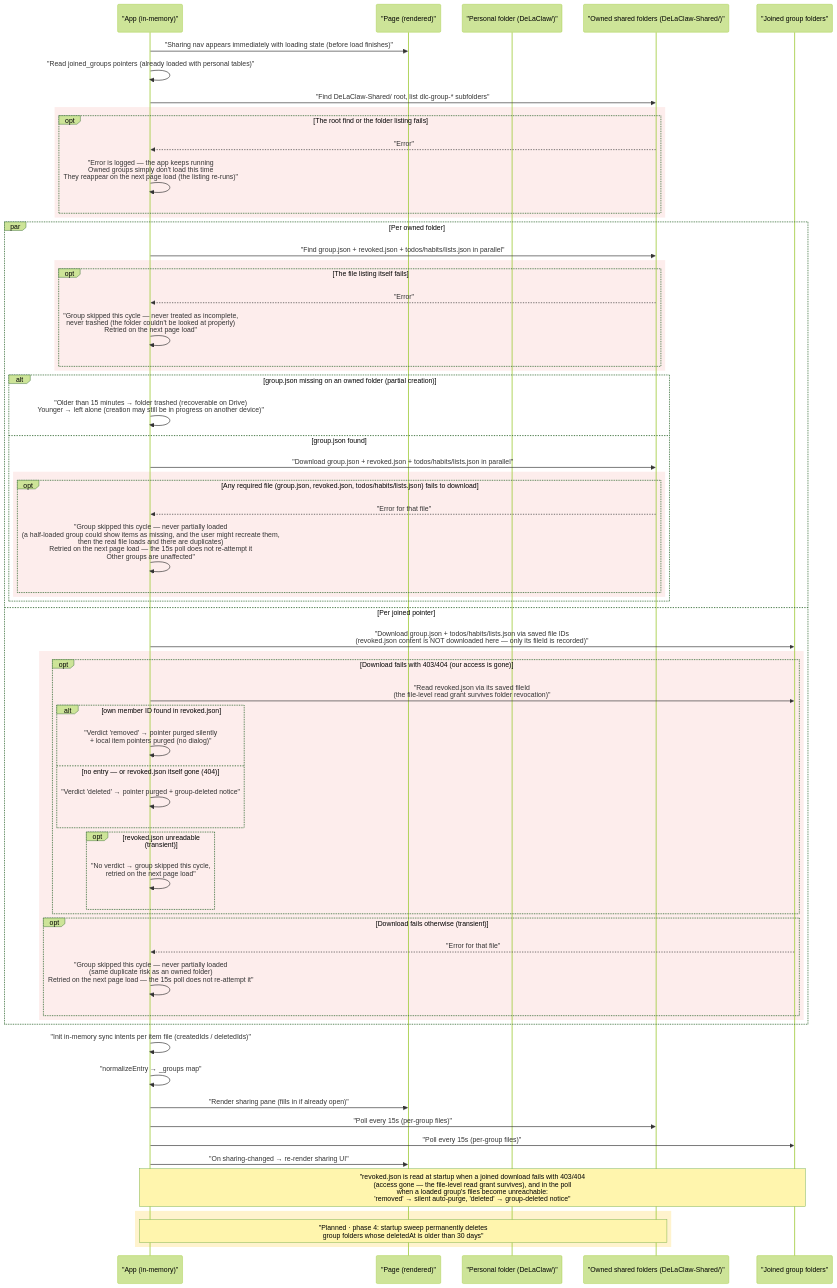
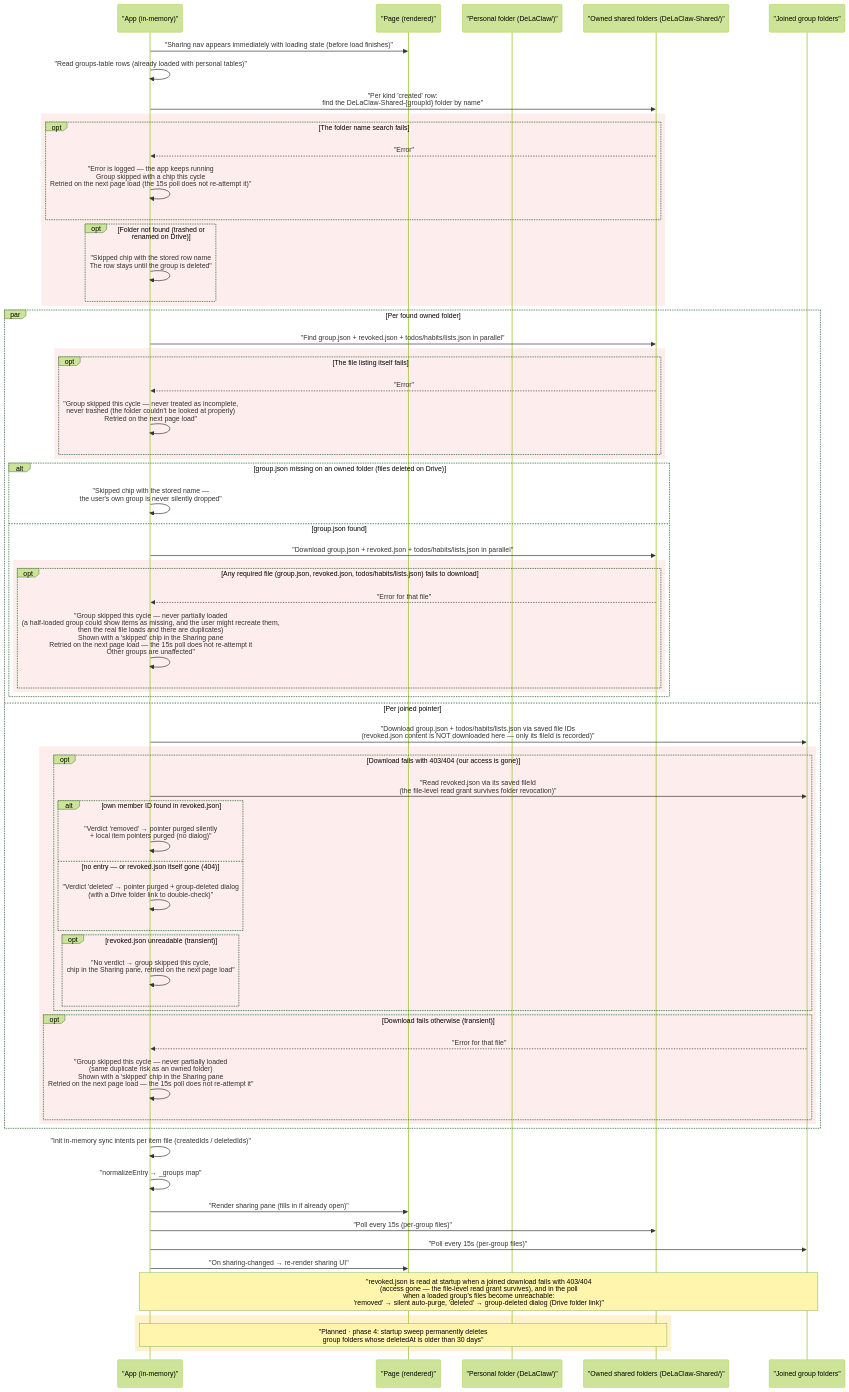
One commit to AntGro/DeLaClaw changed the fourth of 8 diagrams in docs-site/sync-architecture.md. Above: the diagram before and after it, drawn with Mermaid (forest theme). The commit also changed other lines of this file and 25 other files, not shown here.

First line of the commit message:
feat(sharing): unify joined and created groups in the groups table

````diff
--- a/docs-site/sync-architecture.md
+++ b/docs-site/sync-architecture.md
@@ -230,72 +230,75 @@
 ```mermaid
 sequenceDiagram
     participant App as "App (in-memory)"
     participant Page as "Page (rendered)"
     participant PF as "Personal folder (DeLaClaw/)"
     participant OWN as "Owned shared folders (DeLaClaw-Shared/)"
     participant JOIN as "Joined group folders"
 
     App->>Page: "Sharing nav appears immediately with loading state (before load finishes)"
-    App->>App: "Read joined_groups pointers (already loaded with personal tables)"
-    App->>OWN: "Find DeLaClaw-Shared/ root, list dlc-group-* subfolders"
+    App->>App: "Read groups-table rows (already loaded with personal tables)"
+    App->>OWN: "Per kind 'created' row:<br/>find the DeLaClaw-Shared-{groupId} folder by name"
 
     rect rgb(253, 237, 236)
-    opt The root find or the folder listing fails
+    opt The folder name search fails
         OWN-->>App: "Error"
-        App->>App: "Error is logged — the app keeps running<br/>Owned groups simply don't load this time<br/>They reappear on the next page load (the listing re-runs)"
+        App->>App: "Error is logged — the app keeps running<br/>Group skipped with a chip this cycle<br/>Retried on the next page load (the 15s poll does not re-attempt it)"
+    end
+    opt Folder not found (trashed or renamed on Drive)
+        App->>App: "Skipped chip with the stored row name<br/>The row stays until the group is deleted"
     end
     end
 
-    par Per owned folder
+    par Per found owned folder
         App->>OWN: "Find group.json + revoked.json + todos/habits/lists.json in parallel"
         rect rgb(253, 237, 236)
         opt The file listing itself fails
             OWN-->>App: "Error"
             App->>App: "Group skipped this cycle — never treated as incomplete,<br/>never trashed (the folder couldn't be looked at properly)<br/>Retried on the next page load"
         end
         end
-        alt group.json missing on an owned folder (partial creation)
-            App->>App: "Older than 15 minutes → folder trashed (recoverable on Drive)<br/>Younger → left alone (creation may still be in progress on another device)"
+        alt group.json missing on an owned folder (files deleted on Drive)
+            App->>App: "Skipped chip with the stored name —<br/>the user's own group is never silently dropped"
         else group.json found
             App->>OWN: "Download group.json + revoked.json + todos/habits/lists.json in parallel"
             rect rgb(253, 237, 236)
             opt Any required file (group.json, revoked.json, todos/habits/lists.json) fails to download
                 OWN-->>App: "Error for that file"
-                App->>App: "Group skipped this cycle — never partially loaded<br/>(a half-loaded group could show items as missing, and the user might recreate them,<br/>then the real file loads and there are duplicates)<br/>Retried on the next page load — the 15s poll does not re-attempt it<br/>Other groups are unaffected"
+                App->>App: "Group skipped this cycle — never partially loaded<br/>(a half-loaded group could show items as missing, and the user might recreate them,<br/>then the real file loads and there are duplicates)<br/>Shown with a 'skipped' chip in the Sharing pane<br/>Retried on the next page load — the 15s poll does not re-attempt it<br/>Other groups are unaffected"
             end
             end
         end
     and Per joined pointer
         App->>JOIN: "Download group.json + todos/habits/lists.json via saved file IDs<br/>(revoked.json content is NOT downloaded here — only its fileId is recorded)"
         rect rgb(253, 237, 236)
         opt Download fails with 403/404 (our access is gone)
             App->>JOIN: "Read revoked.json via its saved fileId<br/>(the file-level read grant survives folder revocation)"
             alt own member ID found in revoked.json
                 App->>App: "Verdict 'removed' → pointer purged silently<br/>+ local item pointers purged (no dialog)"
             else no entry — or revoked.json itself gone (404)
-                App->>App: "Verdict 'deleted' → pointer purged + group-deleted notice"
+                App->>App: "Verdict 'deleted' → pointer purged + group-deleted dialog<br/>(with a Drive folder link to double-check)"
             end
             opt revoked.json unreadable (transient)
-                App->>App: "No verdict → group skipped this cycle,<br/>retried on the next page load"
+                App->>App: "No verdict → group skipped this cycle,<br/>chip in the Sharing pane, retried on the next page load"
             end
         end
         opt Download fails otherwise (transient)
             JOIN-->>App: "Error for that file"
-            App->>App: "Group skipped this cycle — never partially loaded<br/>(same duplicate risk as an owned folder)<br/>Retried on the next page load — the 15s poll does not re-attempt it"
+            App->>App: "Group skipped this cycle — never partially loaded<br/>(same duplicate risk as an owned folder)<br/>Shown with a 'skipped' chip in the Sharing pane<br/>Retried on the next page load — the 15s poll does not re-attempt it"
         end
         end
     end
 
     App->>App: "Init in-memory sync intents per item file (createdIds / deletedIds)"
     App->>App: "normalizeEntry → _groups map"
     App->>Page: "Render sharing pane (fills in if already open)"
     App->>OWN: "Poll every 15s (per-group files)"
     App->>JOIN: "Poll every 15s (per-group files)"
     App->>Page: "On sharing-changed → re-render sharing UI"
 
-    Note over App,JOIN: "revoked.json is read at startup when a joined download fails with 403/404<br/>(access gone — the file-level read grant survives), and in the poll<br/>when a loaded group's files become unreachable:<br/>'removed' → silent auto-purge, 'deleted' → group-deleted notice"
+    Note over App,JOIN: "revoked.json is read at startup when a joined download fails with 403/404<br/>(access gone — the file-level read grant survives), and in the poll<br/>when a loaded group's files become unreachable:<br/>'removed' → silent auto-purge, 'deleted' → group-deleted dialog (Drive folder link)"
 
     rect rgb(255, 243, 205)
     Note over App,OWN: "Planned · phase 4: startup sweep permanently deletes<br/>group folders whose deletedAt is older than 30 days"
     end
 ```
````
